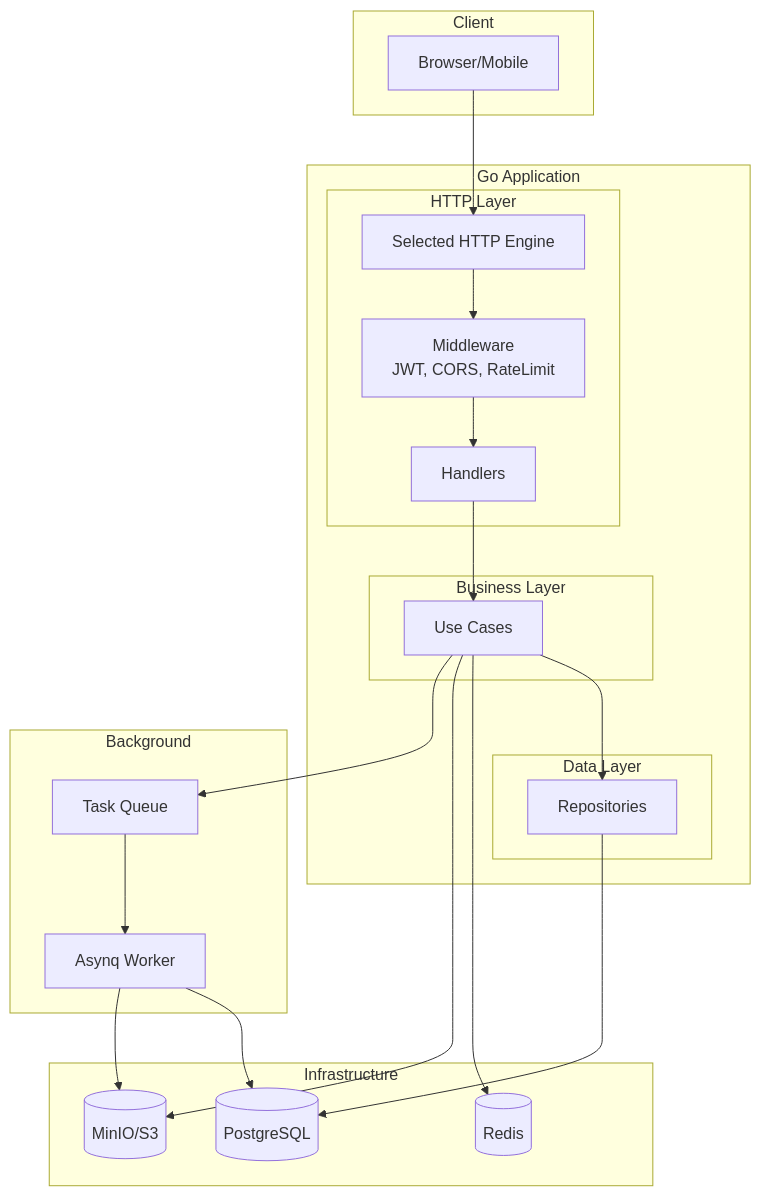
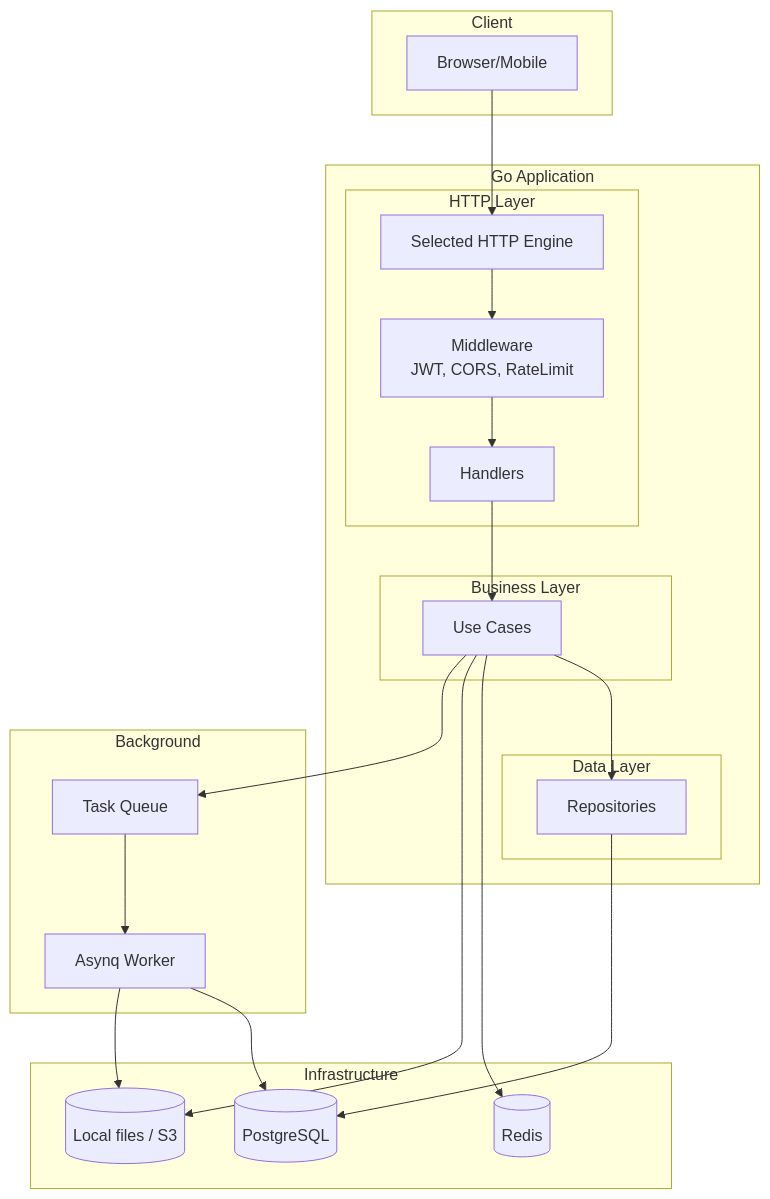
One commit to zoe606/gobase changed the diagram in README.md. Above: the diagram before and after it, drawn with Mermaid. The commit also changed other lines of this file and 4 other files, not shown here.

First line of the commit message:
docs: align roadmap with engine foundation and monorepo generation (#47)

````diff
--- a/README.md
+++ b/README.md
@@ -71,45 +80,45 @@
 ```mermaid
 flowchart TB
     subgraph Client
         Browser[Browser/Mobile]
     end
 
     subgraph "Go Application"
         subgraph "HTTP Layer"
             Server[Selected HTTP Engine]
             MW[Middleware<br/>JWT, CORS, RateLimit]
             Handlers[Handlers]
         end
 
         subgraph "Business Layer"
             UseCases[Use Cases]
         end
 
         subgraph "Data Layer"
             Repos[Repositories]
         end
     end
 
     subgraph "Infrastructure"
         PG[(PostgreSQL)]
         Redis[(Redis)]
-        S3[(MinIO/S3)]
+        Storage[(Local files / S3)]
     end
 
     subgraph "Background"
         Worker[Asynq Worker]
         Queue[Task Queue]
     end
 
     Browser --> Server
     Server --> MW --> Handlers
     Handlers --> UseCases
     UseCases --> Repos
     Repos --> PG
     UseCases --> Redis
-    UseCases --> S3
+    UseCases --> Storage
     UseCases --> Queue
     Queue --> Worker
     Worker --> PG
-    Worker --> S3
+    Worker --> Storage
 ```
````
